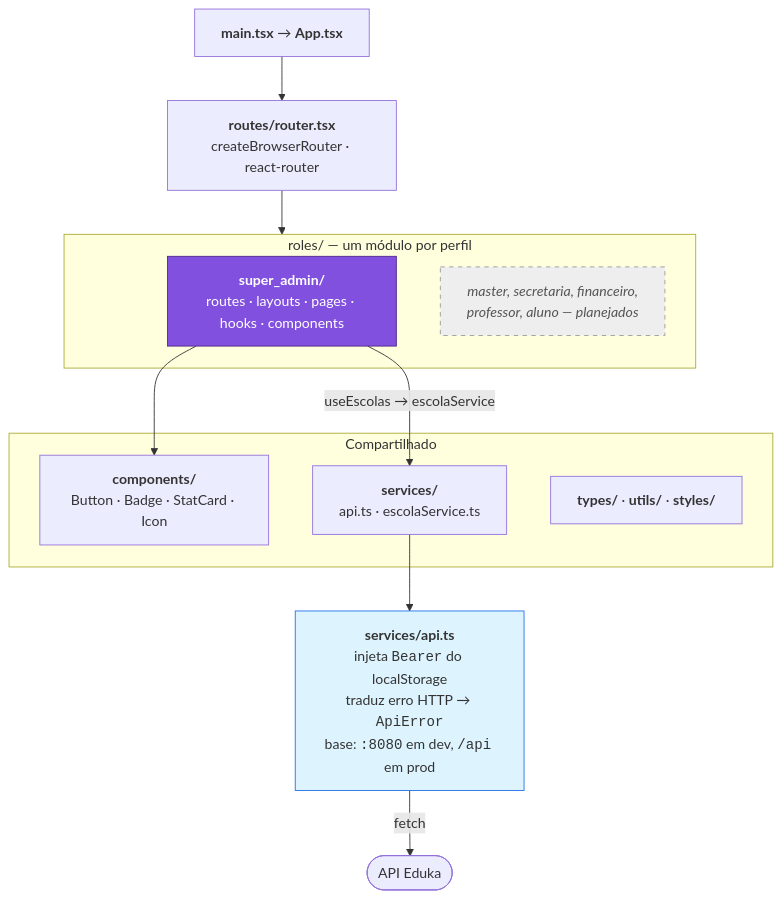
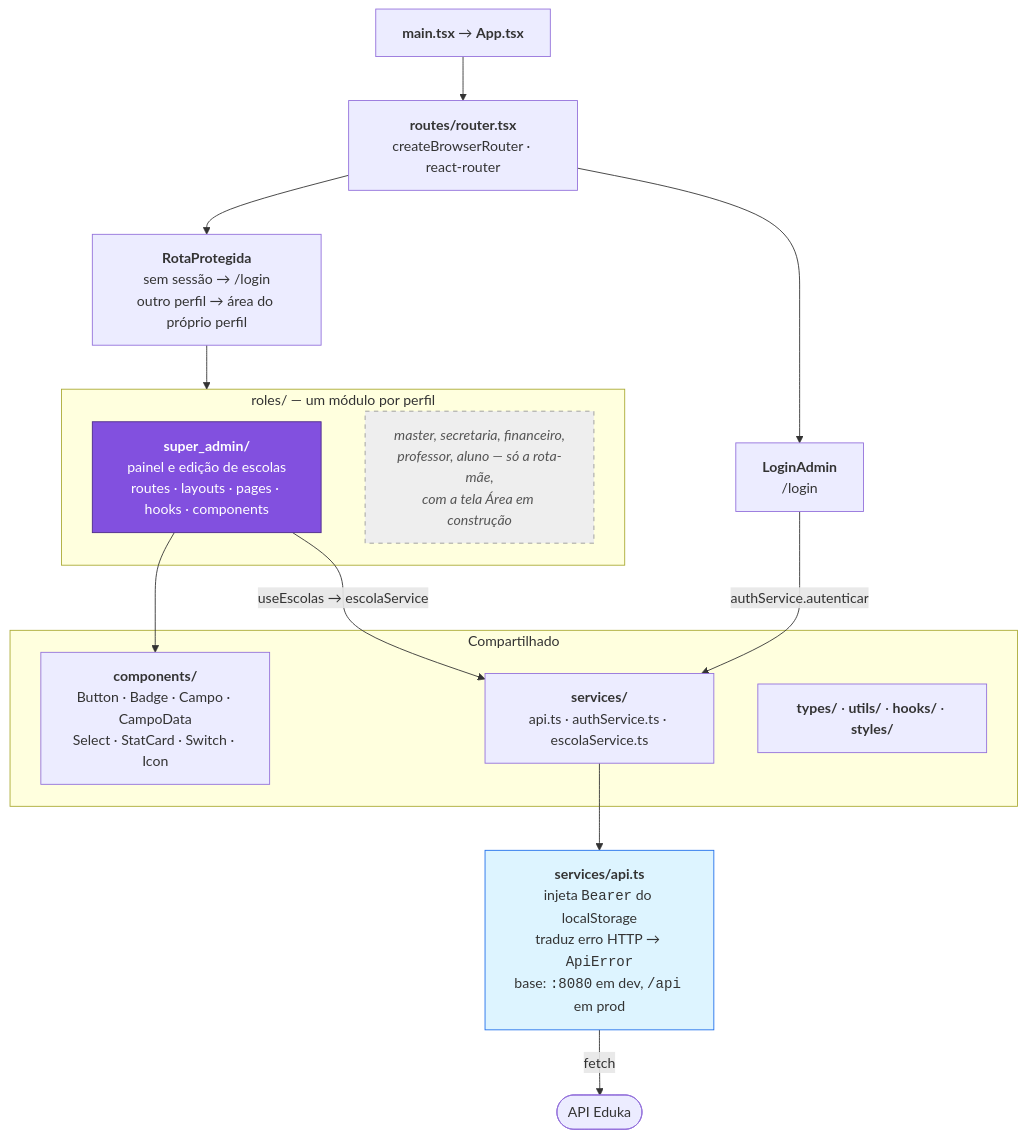
One commit to ICEI-PUC-Minas-PMGES-TI/pmg-es-2026-2-ti3-9577100-eduka changed the sixth of 6 diagrams in Artefatos/arquitetura/arquitetura-da-solucao.md. Above: the diagram before and after it, drawn with Mermaid. The commit also changed other lines of this file and 6 other files, not shown here.

````diff
--- a/Artefatos/arquitetura/arquitetura-da-solucao.md
+++ b/Artefatos/arquitetura/arquitetura-da-solucao.md
@@ -256,28 +289,35 @@
 ```mermaid
 flowchart TB
     MAIN["<b>main.tsx</b> → <b>App.tsx</b>"]
     ROUTER["<b>routes/router.tsx</b><br/>createBrowserRouter · react-router"]
 
+    GUARD["<b>RotaProtegida</b><br/>sem sessão → /login<br/>outro perfil → área do próprio perfil"]
+
     subgraph roles["roles/ — um módulo por perfil"]
-        SAD["<b>super_admin/</b><br/>routes · layouts · pages · hooks · components"]
-        NEXT["<i>master, secretaria, financeiro,<br/>professor, aluno — planejados</i>"]
+        SAD["<b>super_admin/</b><br/>painel e edição de escolas<br/>routes · layouts · pages · hooks · components"]
+        NEXT["<i>master, secretaria, financeiro,<br/>professor, aluno — só a rota-mãe,<br/>com a tela Área em construção</i>"]
     end
 
+    LOGIN["<b>LoginAdmin</b><br/>/login"]
+
     subgraph shared["Compartilhado"]
-        COMP["<b>components/</b><br/>Button · Badge · StatCard · Icon"]
-        SRV["<b>services/</b><br/>api.ts · escolaService.ts"]
-        TYPES["<b>types/</b> · <b>utils/</b> · <b>styles/</b>"]
+        COMP["<b>components/</b><br/>Button · Badge · Campo · CampoData<br/>Select · StatCard · Switch · Icon"]
+        SRV["<b>services/</b><br/>api.ts · authService.ts · escolaService.ts"]
+        TYPES["<b>types/</b> · <b>utils/</b> · <b>hooks/</b> · <b>styles/</b>"]
     end
 
     API["<b>services/api.ts</b><br/>injeta <code>Bearer</code> do localStorage<br/>traduz erro HTTP → <code>ApiError</code><br/>base: <code>:8080</code> em dev, <code>/api</code> em prod"]
 
-    MAIN --> ROUTER --> roles
+    MAIN --> ROUTER
+    ROUTER --> LOGIN
+    ROUTER --> GUARD --> roles
+    LOGIN -->|"authService.autenticar"| SRV
     SAD --> COMP
     SAD -->|"useEscolas → escolaService"| SRV
     SRV --> API
     API -->|"fetch"| BACK(["API Eduka"])
 
     style SAD fill:#8250df,stroke:#4c2889,color:#fff
     style API fill:#ddf4ff,stroke:#1f6feb
     style NEXT fill:#eee,stroke:#999,color:#555,stroke-dasharray: 5 5
 ```
````
